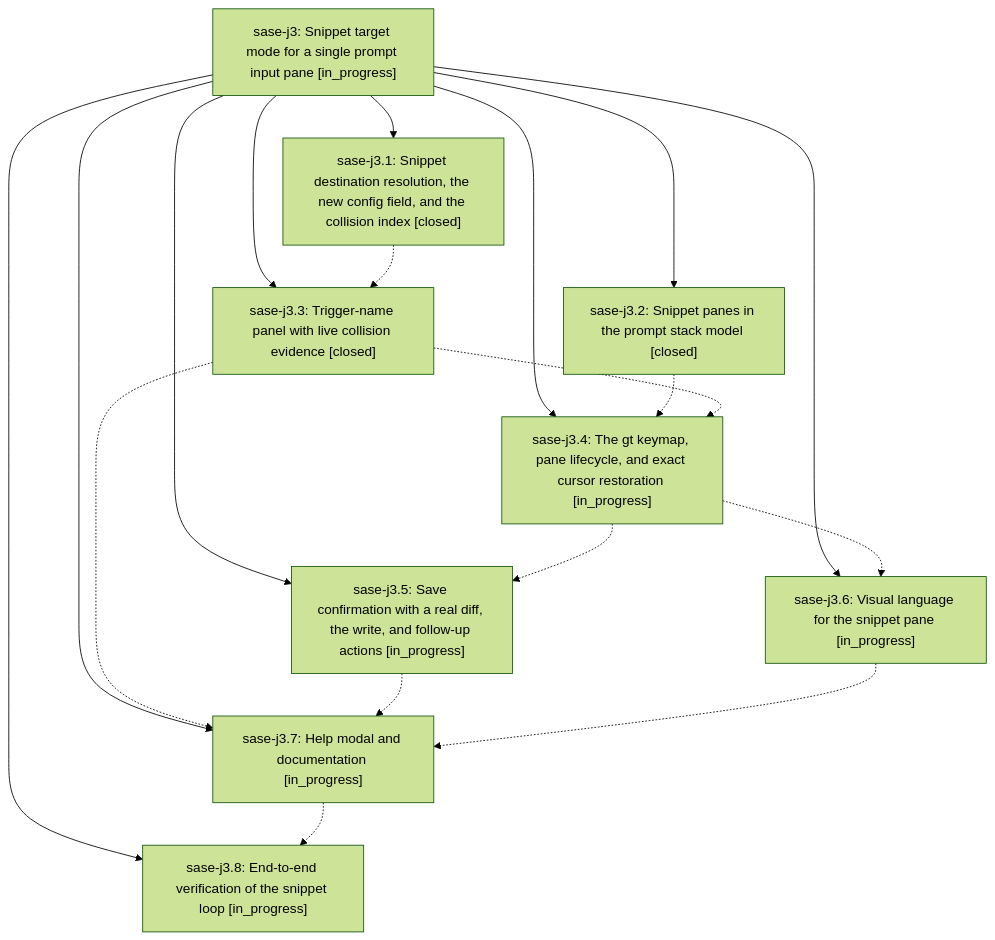
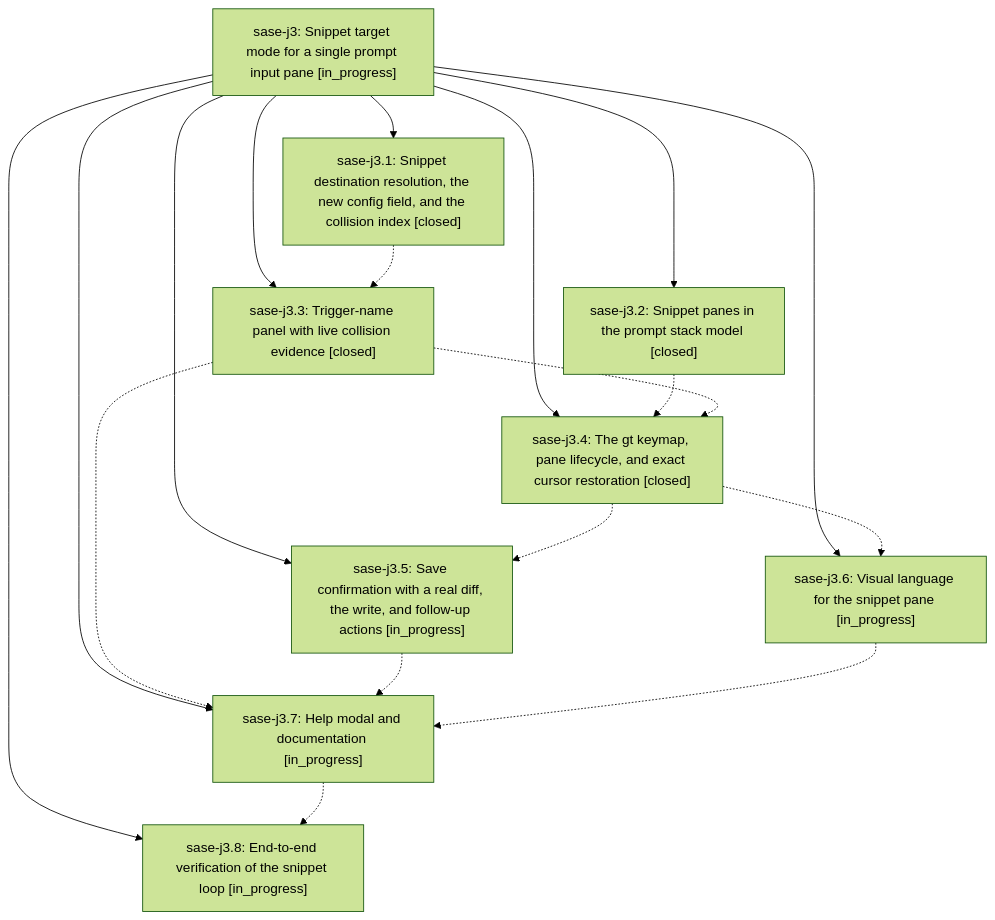
The diagram in pages/sase-j3/README.md (sase-org/sase--beads), drawn with Mermaid (forest theme) before and after one commit. The commit also changed other lines of this file and 5 other files, not shown here.

````diff
--- a/pages/sase-j3/README.md
+++ b/pages/sase-j3/README.md
@@ -29,29 +29,29 @@
 ```mermaid
 flowchart TD
     n0["sase-j3: Snippet target mode for a single prompt input pane [in_progress]"]
     n1["sase-j3.1: Snippet destination resolution, the new config field, and the collision index [closed]"]
     n2["sase-j3.2: Snippet panes in the prompt stack model [closed]"]
     n3["sase-j3.3: Trigger-name panel with live collision evidence [closed]"]
-    n4["sase-j3.4: The gt keymap, pane lifecycle, and exact cursor restoration [in_progress]"]
+    n4["sase-j3.4: The gt keymap, pane lifecycle, and exact cursor restoration [closed]"]
     n5["sase-j3.5: Save confirmation with a real diff, the write, and follow-up actions [in_progress]"]
     n6["sase-j3.6: Visual language for the snippet pane [in_progress]"]
     n7["sase-j3.7: Help modal and documentation [in_progress]"]
     n8["sase-j3.8: End-to-end verification of the snippet loop [in_progress]"]
     n0 --> n1
     n0 --> n2
     n0 --> n3
     n0 --> n4
     n0 --> n5
     n0 --> n6
     n0 --> n7
     n0 --> n8
     n1 -.-> n3
     n2 -.-> n4
     n3 -.-> n4
     n3 -.-> n7
     n4 -.-> n5
     n4 -.-> n6
     n5 -.-> n7
     n6 -.-> n7
     n7 -.-> n8
 ```
````
